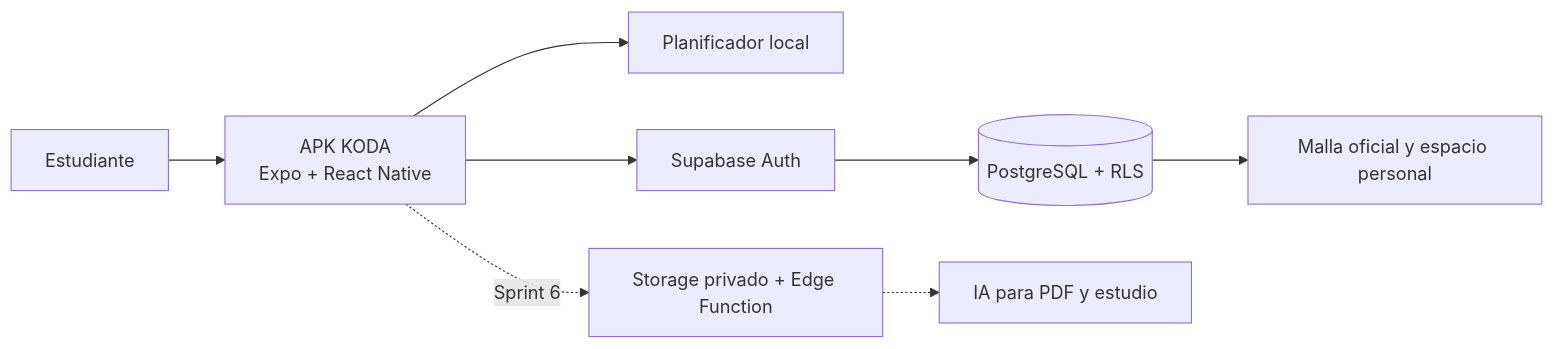
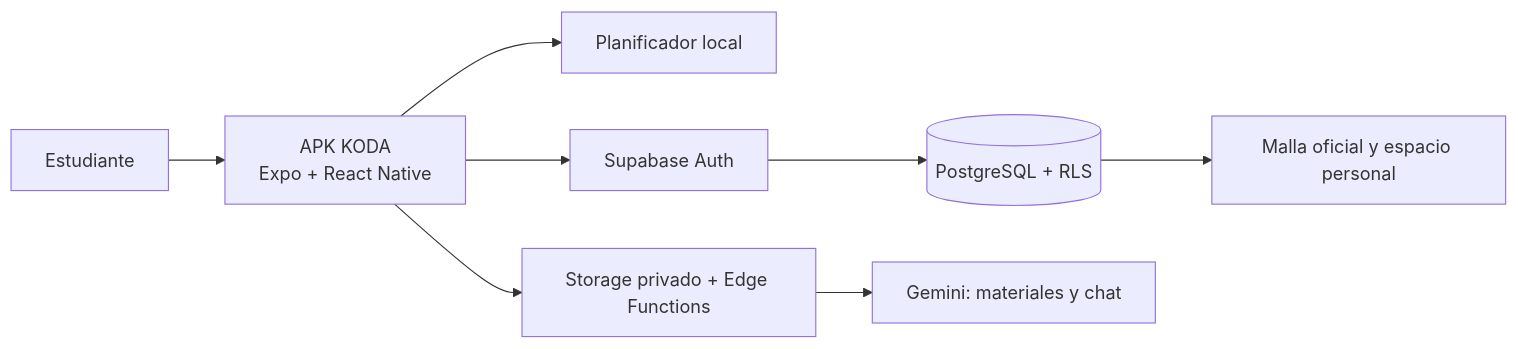
Before and after one commit to sebastianrosasq/KODA: the diagram in README.md, drawn with Mermaid. The commit also changed other lines of this file and 21 other files, not shown here.

````diff
--- a/README.md
+++ b/README.md
@@ -22,10 +22,10 @@
 ```mermaid
 flowchart LR
   A[Estudiante] --> B[APK KODA\nExpo + React Native]
   B --> C[Planificador local]
   B --> D[Supabase Auth]
   D --> E[(PostgreSQL + RLS)]
   E --> F[Malla oficial y espacio personal]
-  B -. Sprint 6 .-> G[Storage privado + Edge Function]
-  G -.-> H[IA para PDF y estudio]
+  B --> G[Storage privado + Edge Functions]
+  G --> H[Gemini: materiales y chat]
 ```
````
